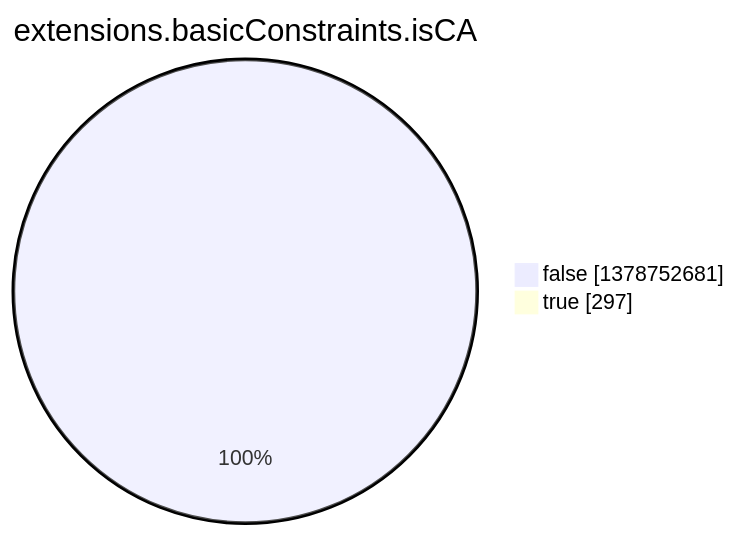
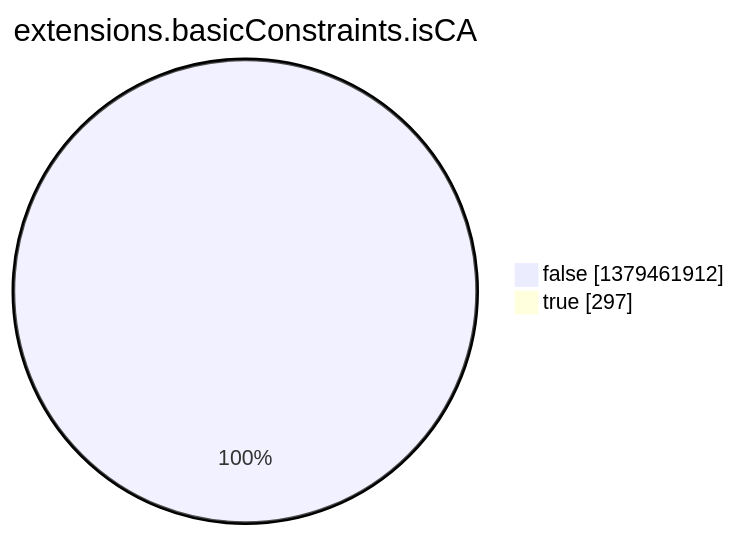
The eighth of 15 diagrams in argon2022/README.md (christiankrug/ctmonitor_visualization), drawn with Mermaid before and after one commit. The commit also changed other lines of this file, not shown here.

````diff
--- a/argon2022/README.md
+++ b/argon2022/README.md
@@ -2759,6 +2759,6 @@
 ```mermaid
 pie showData
 title extensions.basicConstraints.isCA
-"false" :1378752681
+"false" :1379461912
 "true" :297
 ```
````
